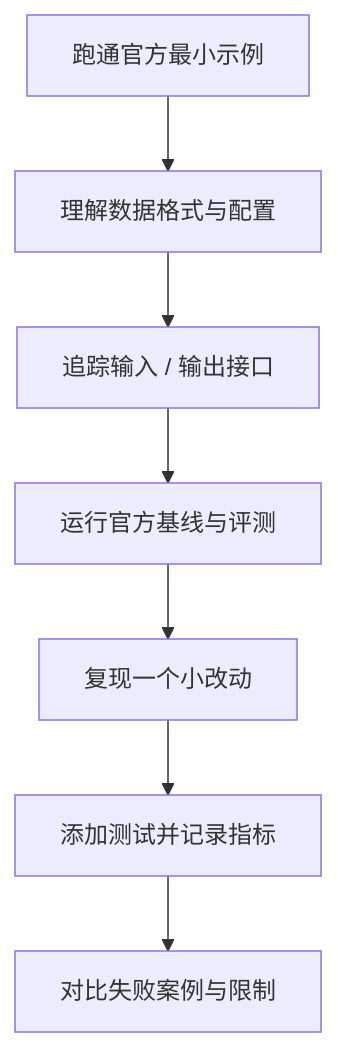
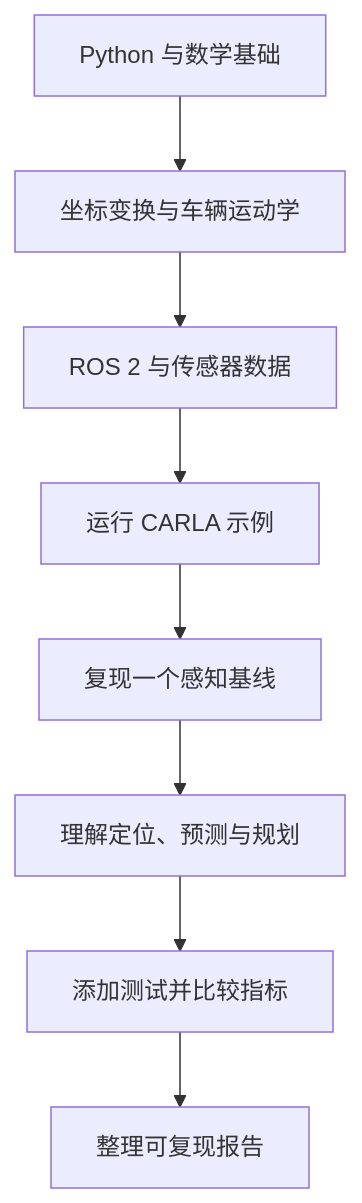
Before and after one commit to ilikui/AutomaticDriving: the diagram in docs/resources.md, drawn with Mermaid. The commit also changed other lines of this file, not shown here.

````diff
--- a/docs/resources.md
+++ b/docs/resources.md
@@ -102,9 +128,10 @@
 ```mermaid
 flowchart TD
-    A["跑通官方最小示例"] --> B["理解数据格式与配置"]
-    B --> C["追踪输入 / 输出接口"]
-    C --> D["运行官方基线与评测"]
-    D --> E["复现一个小改动"]
-    E --> F["添加测试并记录指标"]
-    F --> G["对比失败案例与限制"]
+    A["Python 与数学基础"] --> B["坐标变换与车辆运动学"]
+    B --> C["ROS 2 与传感器数据"]
+    C --> D["运行 CARLA 示例"]
+    D --> E["复现一个感知基线"]
+    E --> F["理解定位、预测与规划"]
+    F --> G["添加测试并比较指标"]
+    G --> H["整理可复现报告"]
 ```
````
